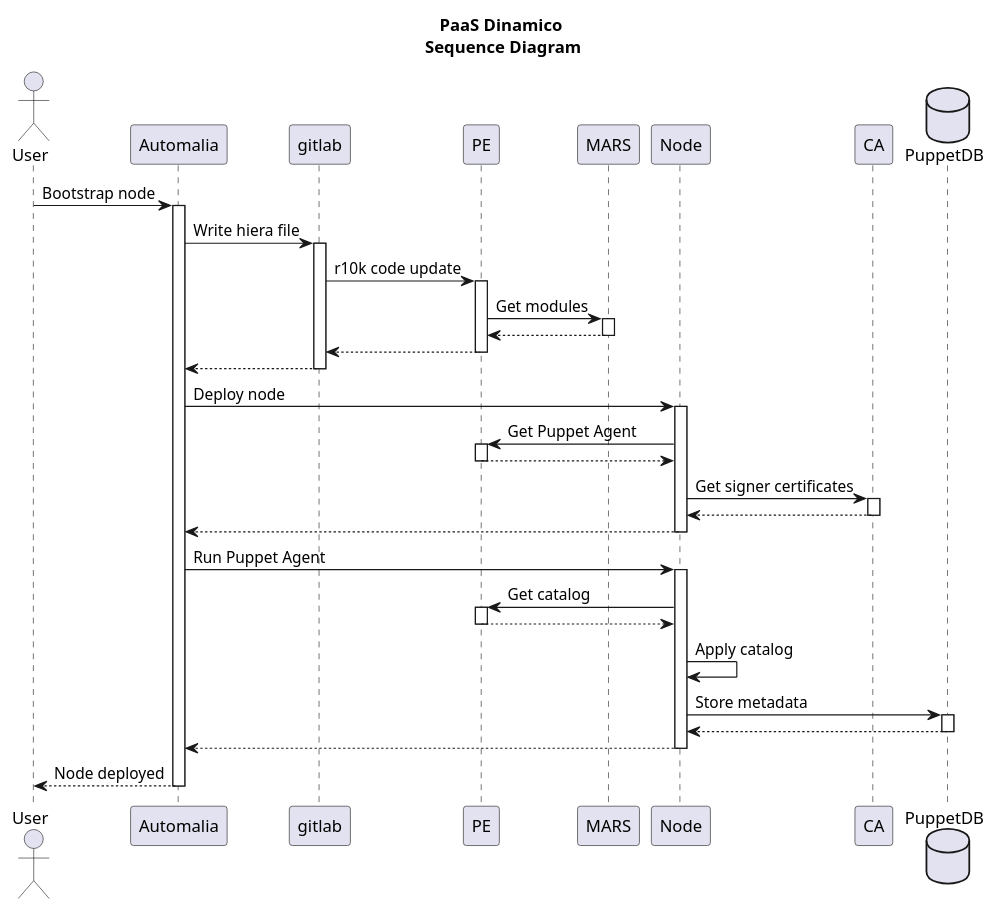
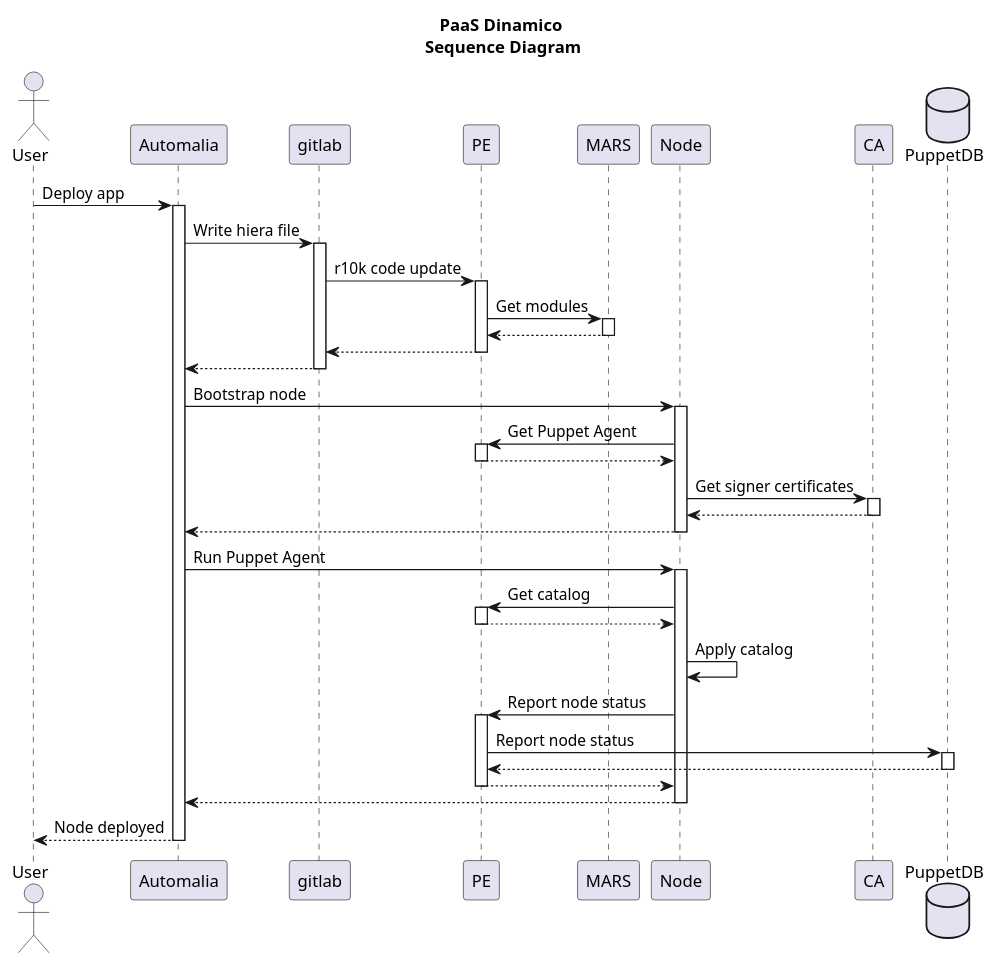
One commit to CIVIR-ES/PE-vagrant changed the diagram in doc/sequence.puml. Above: the diagram before and after it, drawn with PlantUML.

Commit message:
PuppetDB fix

```diff
--- a/doc/sequence.puml
+++ b/doc/sequence.puml
@@ -1,77 +1,83 @@
 @startuml
 
 title PaaS Dinamico\n Sequence Diagram
 
 actor User
 participant "Automalia" as A
 participant "gitlab" as B
 participant "PE" as C
 participant "MARS" as D
 participant "Node" as E
 participant "CA" as F
 database "PuppetDB" as G
 
 
-User -> A: Bootstrap node
+User -> A: Deploy app
 activate A
 
 A -> B: Write hiera file
 activate B
 
 B -> C: r10k code update
 activate C
 
 C -> D: Get modules
 activate D
 
 D --> C
 deactivate D
 
 C --> B
 deactivate C
 
 B --> A
 deactivate B
 
-A -> E: Deploy node
+A -> E: Bootstrap node
 activate E
 
 E -> C: Get Puppet Agent
 activate C
 
 C --> E
 deactivate C
 
 E -> F: Get signer certificates
 activate F
 
 F --> E
 deactivate F
 
 E --> A
 deactivate E
 
 A -> E: Run Puppet Agent
 activate E
 
 E -> C: Get catalog
 activate C
 
 C --> E
 deactivate C
 
 E -> E: Apply catalog
 
-E -> G: Store metadata
+E -> C: Report node status
+activate C
+
+C -> G: Report node status
 activate G
 
-G --> E
+G --> C
 deactivate G
+
+C --> E
+deactivate C
 
 E --> A
 deactivate E
 
 A --> User: Node deployed
 deactivate A
 
 @enduml
```
